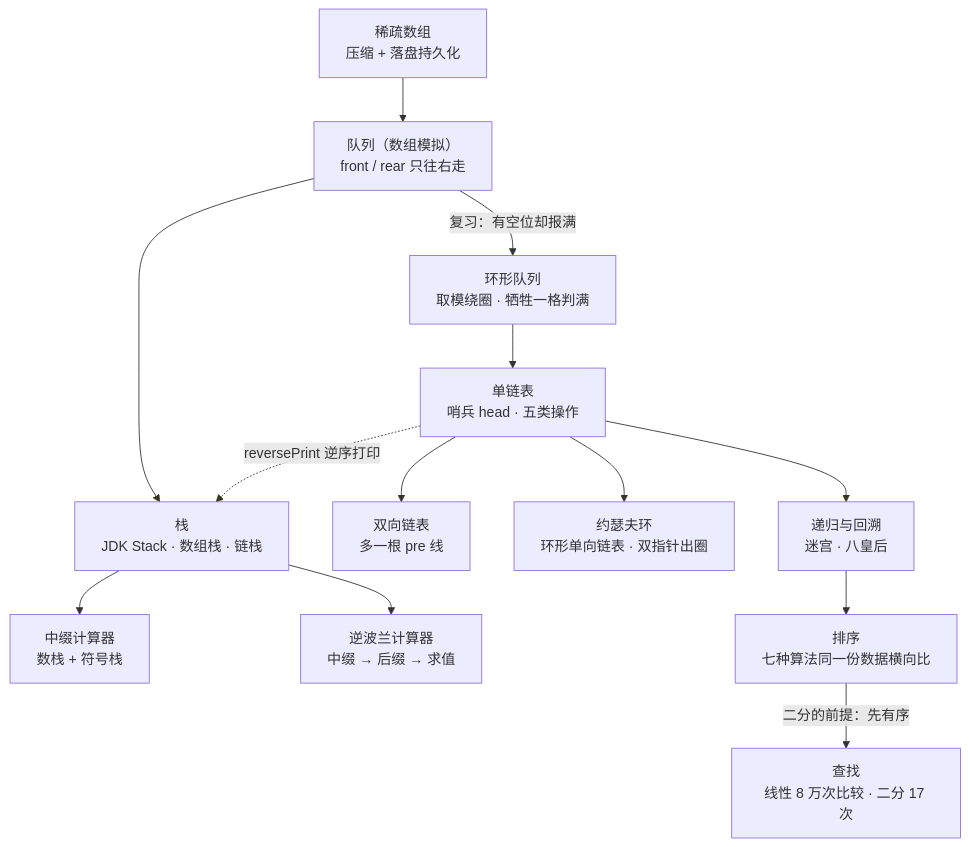
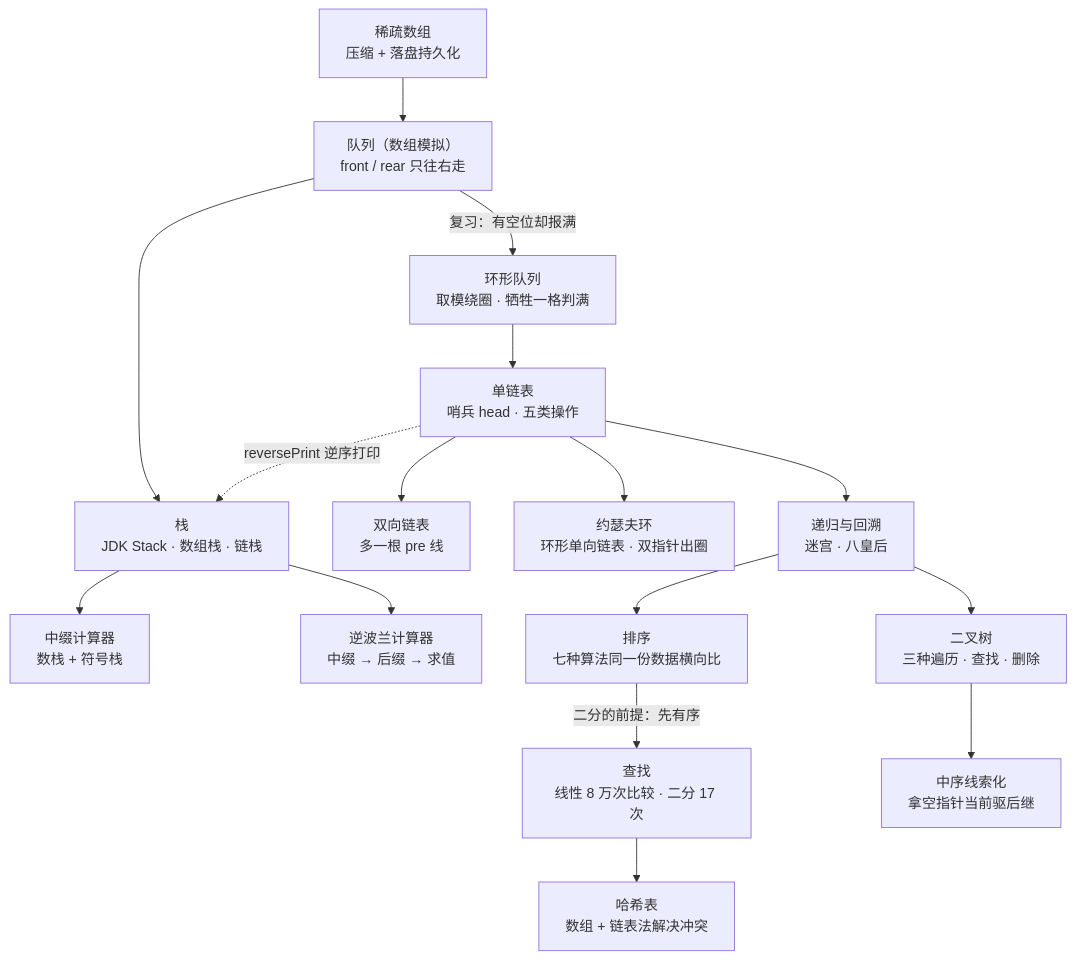
Before and after one commit to c0re-T/dataStructures: the diagram in README.md, drawn with Mermaid. The commit also changed other lines of this file and 12 other files, not shown here.

````diff
--- a/README.md
+++ b/README.md
@@ -9,15 +9,18 @@
 ```mermaid
 flowchart TD
     A["稀疏数组<br/>压缩 + 落盘持久化"] --> B["队列（数组模拟）<br/>front / rear 只往右走"]
     B -->|"复习：有空位却报满"| C["环形队列<br/>取模绕圈 · 牺牲一格判满"]
     B --> D["栈<br/>JDK Stack · 数组栈 · 链栈"]
     D --> E["中缀计算器<br/>数栈 + 符号栈"]
     D --> F["逆波兰计算器<br/>中缀 → 后缀 → 求值"]
     C --> G["单链表<br/>哨兵 head · 五类操作"]
     G --> H["双向链表<br/>多一根 pre 线"]
     G --> I["约瑟夫环<br/>环形单向链表 · 双指针出圈"]
     G -.->|"reversePrint 逆序打印"| D
     G --> J["递归与回溯<br/>迷宫 · 八皇后"]
     J --> K["排序<br/>七种算法同一份数据横向比"]
     K -->|"二分的前提：先有序"| L["查找<br/>线性 8 万次比较 · 二分 17 次"]
+    J --> M["二叉树<br/>三种遍历 · 查找 · 删除"]
+    M --> N["中序线索化<br/>拿空指针当前驱后继"]
+    L --> O["哈希表<br/>数组 + 链表法解决冲突"]
 ```
````
